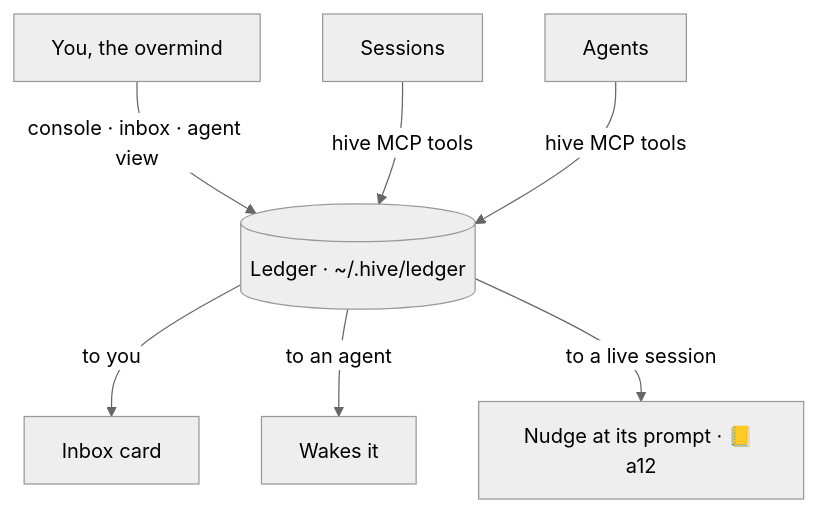
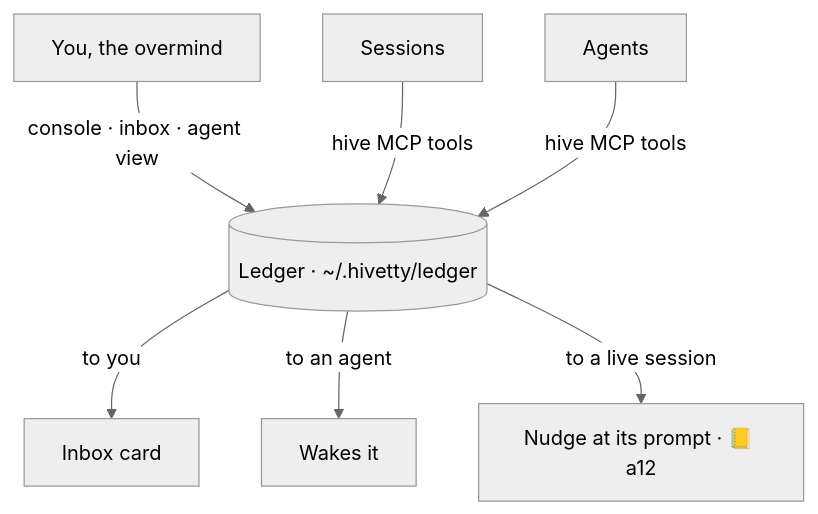
Before and after one commit to behiques/hivetty: the diagram in docs/assets/diagrams/ledger.mmd, drawn with Mermaid (neutral theme). The commit also changed 280 other files, not shown here.

```diff
--- a/docs/assets/diagrams/ledger.mmd
+++ b/docs/assets/diagrams/ledger.mmd
@@ -1,7 +1,7 @@
 flowchart TD
-  o[You, the overmind] -->|console · inbox · agent view| L[(Ledger · ~/.hive/ledger)]
+  o[You, the overmind] -->|console · inbox · agent view| L[(Ledger · ~/.hivetty/ledger)]
   s[Sessions] -->|hive MCP tools| L
   a[Agents] -->|hive MCP tools| L
   L -->|to you| i[Inbox card]
   L -->|to an agent| w[Wakes it]
   L -->|to a live session| n[Nudge at its prompt · 📒 a12]
```
